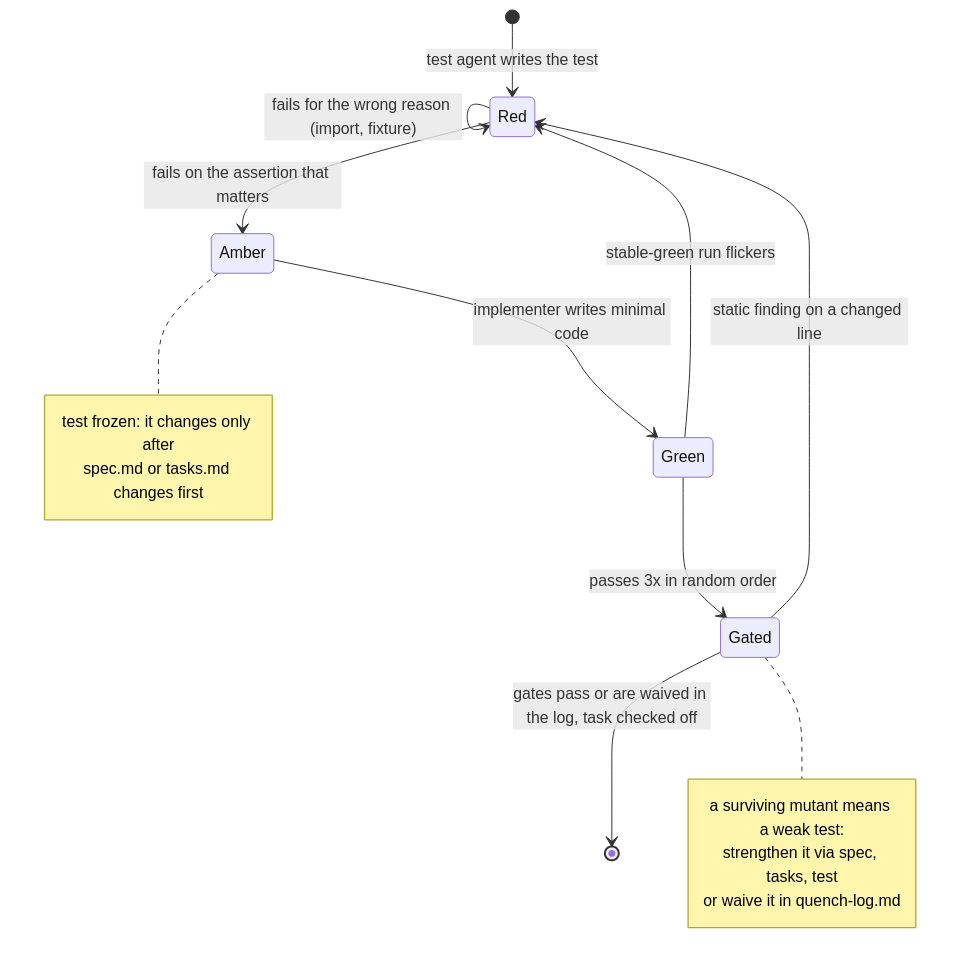
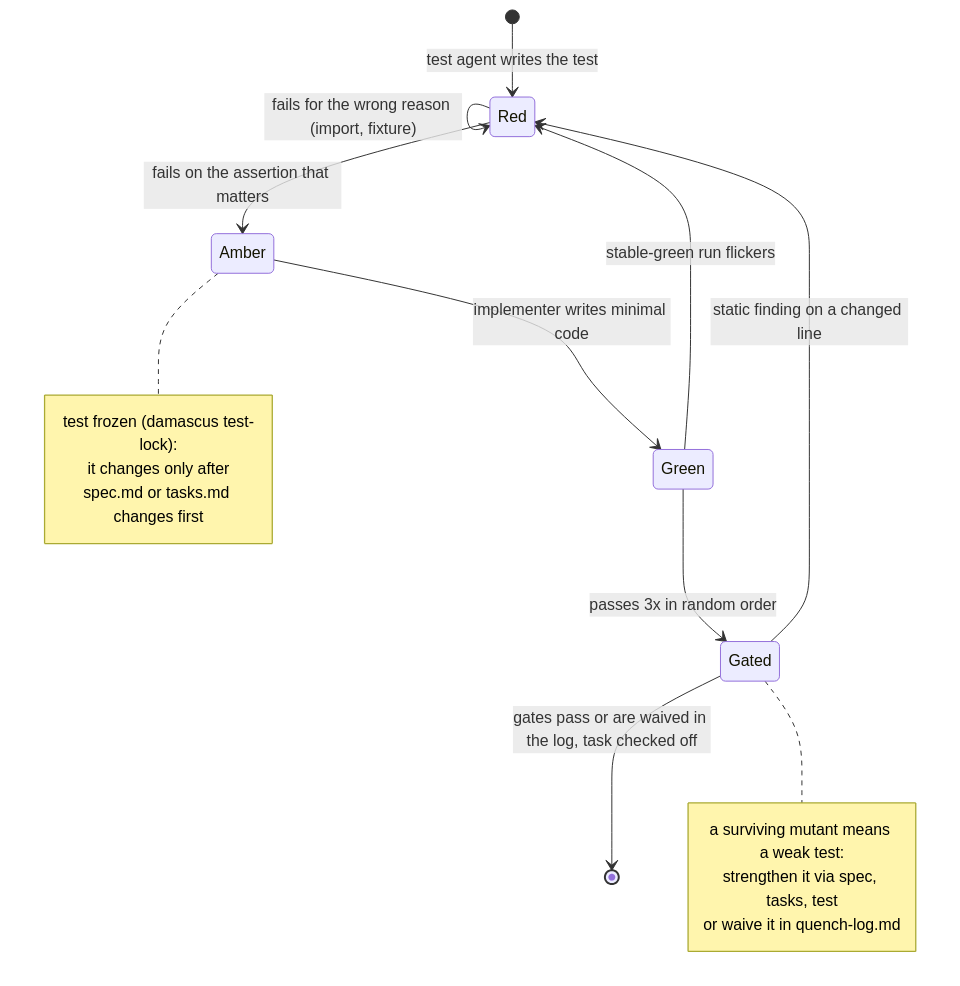
One commit to forkrul/damascus_development changed the fourth of 7 diagrams in docs/architecture.md. Above: the diagram before and after it, drawn with Mermaid. The commit also changed other lines of this file and 44 other files, not shown here.

````diff
--- a/docs/architecture.md
+++ b/docs/architecture.md
@@ -96,20 +96,21 @@
 ```mermaid
 stateDiagram-v2
     [*] --> Red: test agent writes the test
     Red --> Red: fails for the wrong reason (import, fixture)
     Red --> Amber: fails on the assertion that matters
     Amber --> Green: implementer writes minimal code
     Green --> Red: stable-green run flickers
     Green --> Gated: passes 3x in random order
     Gated --> Red: static finding on a changed line
     Gated --> [*]: gates pass or are waived in the log, task checked off
     note right of Amber
-        test frozen: it changes only after
+        test frozen (damascus test-lock):
+        it changes only after
         spec.md or tasks.md changes first
     end note
     note right of Gated
         a surviving mutant means a weak test:
         strengthen it via spec, tasks, test
         or waive it in quench-log.md
     end note
 ```
````
